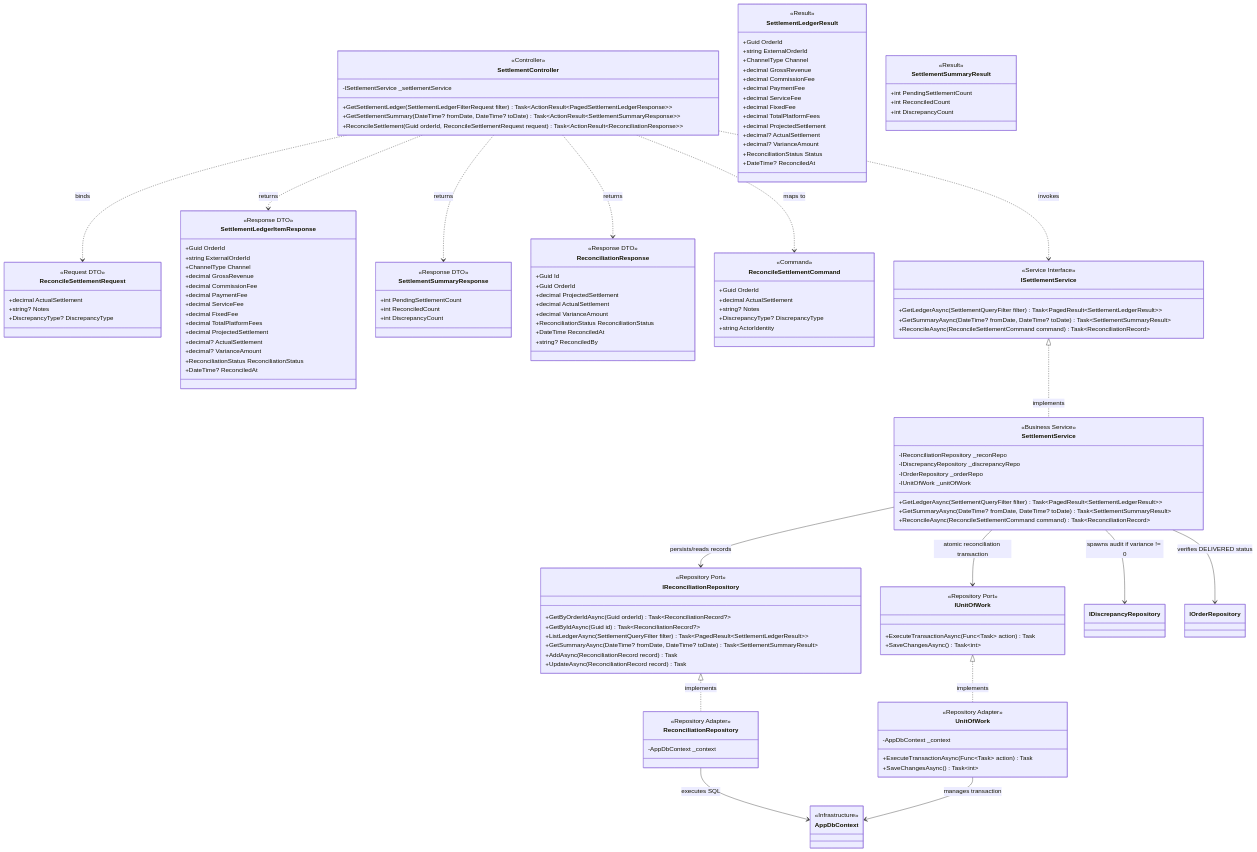
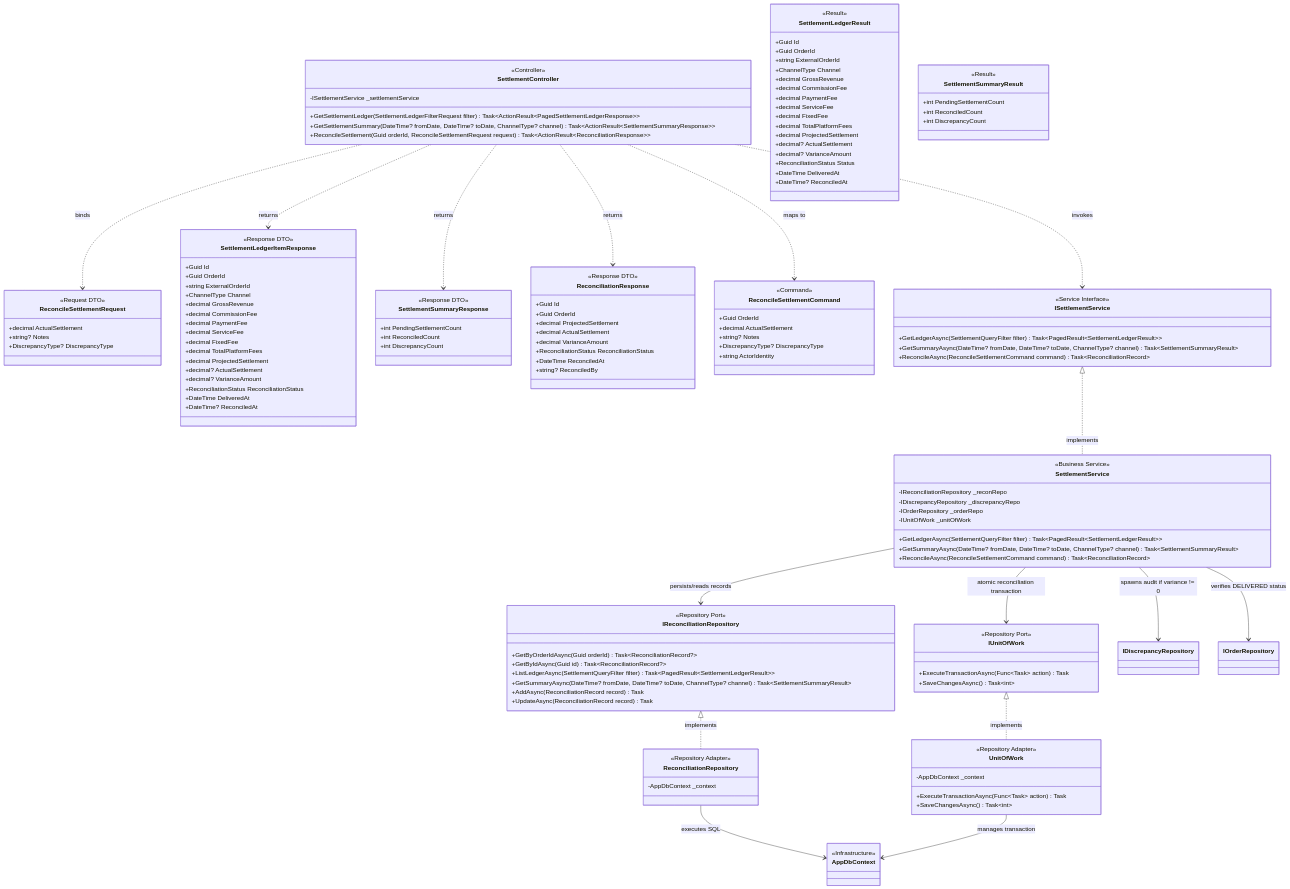
Before and after one commit to duchoa0405/Quanly_DoanhThu_LoiNhuan_DangDucHoa_VSF: the first of 3 diagrams in docs/architecture/class_diagram_settlement_discrepancy_en.md, drawn with Mermaid. The commit also changed other lines of this file and 10 other files, not shown here.

Commit message:
docs(architecture): complete P06-P08 pre-P09 alignment and lock phases

```diff
--- a/docs/architecture/class_diagram_settlement_discrepancy_en.md
+++ b/docs/architecture/class_diagram_settlement_discrepancy_en.md
@@ -41,7 +41,7 @@
         <<Controller>>
         -ISettlementService _settlementService
         +GetSettlementLedger(SettlementLedgerFilterRequest filter) Task~ActionResult~PagedSettlementLedgerResponse~~
-        +GetSettlementSummary(DateTime? fromDate, DateTime? toDate) Task~ActionResult~SettlementSummaryResponse~~
+        +GetSettlementSummary(DateTime? fromDate, DateTime? toDate, ChannelType? channel) Task~ActionResult~SettlementSummaryResponse~~
         +ReconcileSettlement(Guid orderId, ReconcileSettlementRequest request) Task~ActionResult~ReconciliationResponse~~
     }
 
@@ -54,6 +54,7 @@
 
     class SettlementLedgerItemResponse {
         <<Response DTO>>
+        +Guid Id
         +Guid OrderId
         +string ExternalOrderId
         +ChannelType Channel
@@ -67,6 +68,7 @@
         +decimal? ActualSettlement
         +decimal? VarianceAmount
         +ReconciliationStatus ReconciliationStatus
+        +DateTime DeliveredAt
         +DateTime? ReconciledAt
     }
 
@@ -101,6 +103,7 @@
 
     class SettlementLedgerResult {
         <<Result>>
+        +Guid Id
         +Guid OrderId
         +string ExternalOrderId
         +ChannelType Channel
@@ -114,6 +117,7 @@
         +decimal? ActualSettlement
         +decimal? VarianceAmount
         +ReconciliationStatus Status
+        +DateTime DeliveredAt
         +DateTime? ReconciledAt
     }
 
@@ -128,7 +132,7 @@
     class ISettlementService {
         <<Service Interface>>
         +GetLedgerAsync(SettlementQueryFilter filter) Task~PagedResult~SettlementLedgerResult~~
-        +GetSummaryAsync(DateTime? fromDate, DateTime? toDate) Task~SettlementSummaryResult~
+        +GetSummaryAsync(DateTime? fromDate, DateTime? toDate, ChannelType? channel) Task~SettlementSummaryResult~
         +ReconcileAsync(ReconcileSettlementCommand command) Task~ReconciliationRecord~
     }
 
@@ -140,7 +144,7 @@
         -IOrderRepository _orderRepo
         -IUnitOfWork _unitOfWork
         +GetLedgerAsync(SettlementQueryFilter filter) Task~PagedResult~SettlementLedgerResult~~
-        +GetSummaryAsync(DateTime? fromDate, DateTime? toDate) Task~SettlementSummaryResult~
+        +GetSummaryAsync(DateTime? fromDate, DateTime? toDate, ChannelType? channel) Task~SettlementSummaryResult~
         +ReconcileAsync(ReconcileSettlementCommand command) Task~ReconciliationRecord~
     }
 
@@ -150,7 +154,7 @@
         +GetByOrderIdAsync(Guid orderId) Task~ReconciliationRecord?~
         +GetByIdAsync(Guid id) Task~ReconciliationRecord?~
         +ListLedgerAsync(SettlementQueryFilter filter) Task~PagedResult~SettlementLedgerResult~~
-        +GetSummaryAsync(DateTime? fromDate, DateTime? toDate) Task~SettlementSummaryResult~
+        +GetSummaryAsync(DateTime? fromDate, DateTime? toDate, ChannelType? channel) Task~SettlementSummaryResult~
         +AddAsync(ReconciliationRecord record) Task
         +UpdateAsync(ReconciliationRecord record) Task
     }
```
